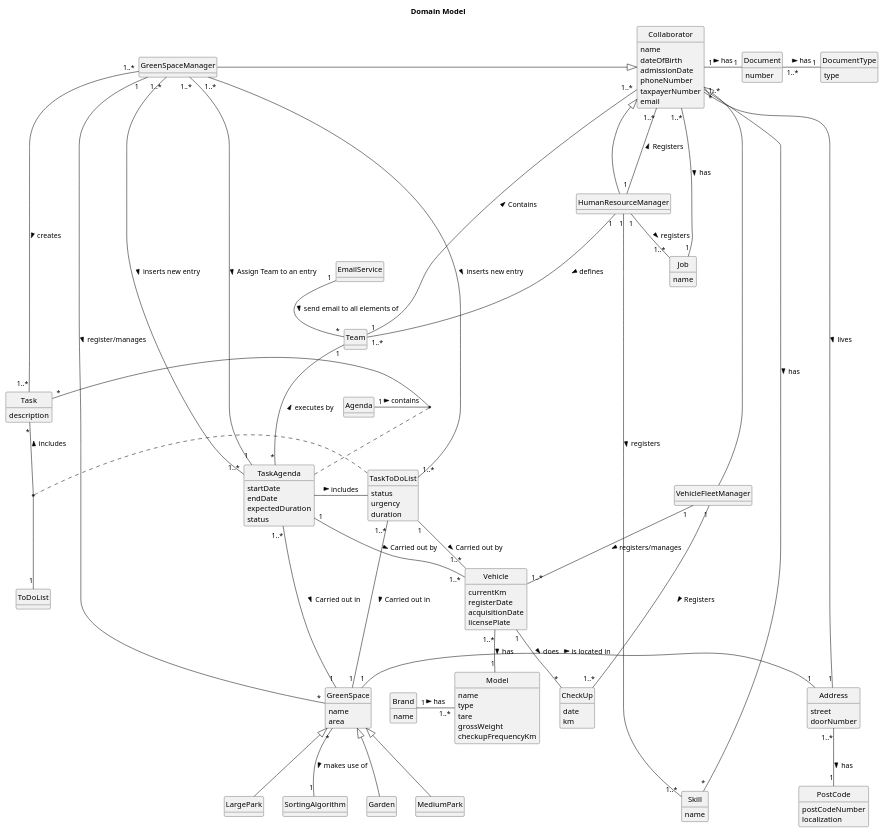
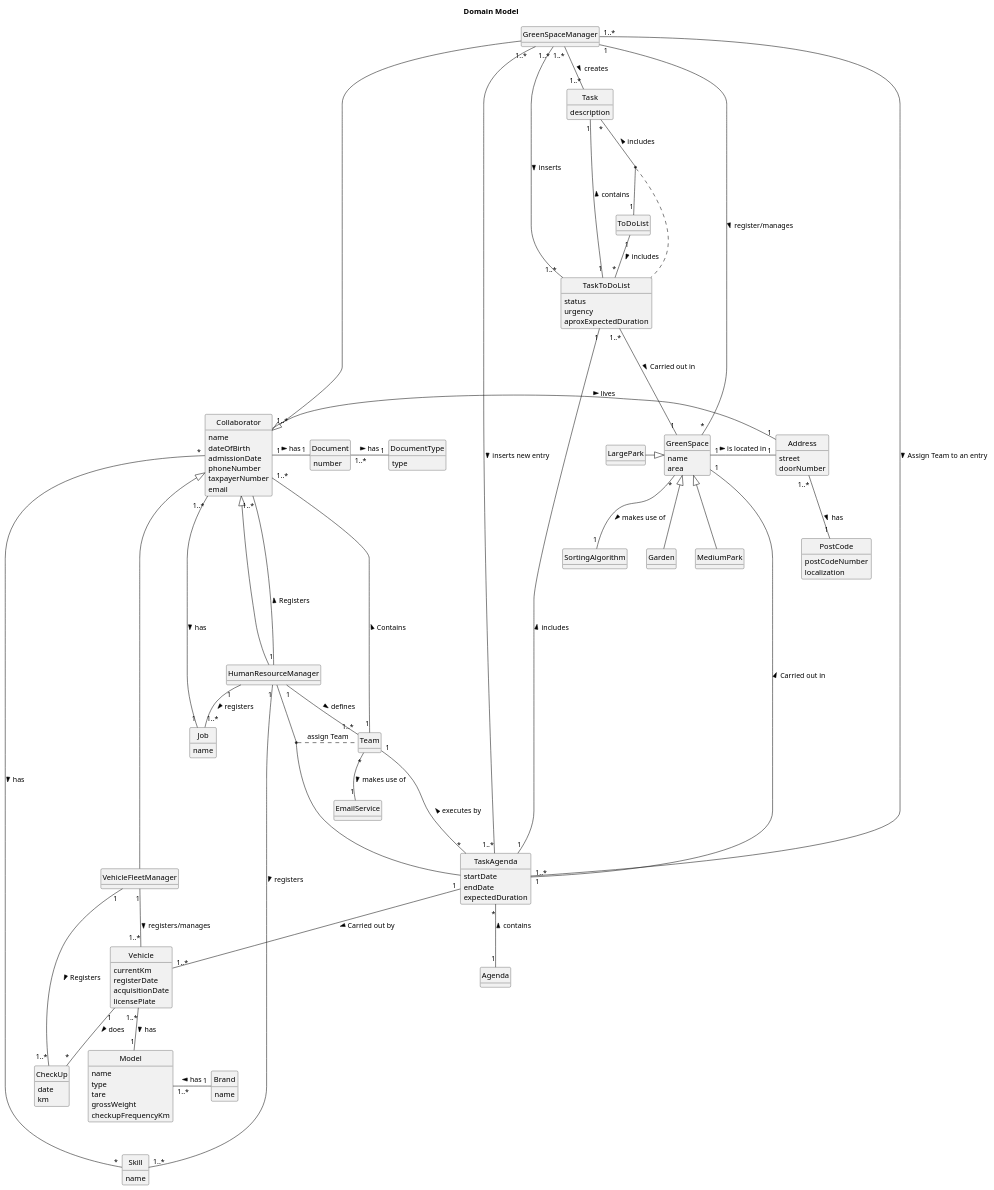
Before and after one commit to Departamento-de-Engenharia-Informatica/lei-24-s2-1db-g022: the diagram in docs/sprint3/global-artifacts/02.analysis/puml/partial-use-domain-model.puml, drawn with PlantUML. The commit also changed 1 other file, not shown here.

Commit message:
Rectification Domain Model

```diff
--- a/docs/sprint3/global-artifacts/02.analysis/puml/partial-use-domain-model.puml
+++ b/docs/sprint3/global-artifacts/02.analysis/puml/partial-use-domain-model.puml
@@ -1,181 +1,182 @@
 @startuml
 skinparam monochrome true
 skinparam packageStyle rectangle
 skinparam shadowing false
 skinparam classAttributeIconSize 0
 hide circle
 hide methods
 
 title Domain Model
 
 class Collaborator {
     name
     dateOfBirth
     admissionDate
     phoneNumber
     taxpayerNumber
     email
 }
 
 class Document{
     number
 }
 
 class DocumentType{
     type
 }
 
 class Address {
     street
     doorNumber
 }
 
 class PostCode{
     postCodeNumber
     localization
 }
 
 class VehicleFleetManager {
 }
 
 class HumanResourceManager {
 }
 
 class Brand {
      name
 }
 
 class Model {
      name
      type
      tare
      grossWeight
      checkupFrequencyKm
 }
 
 class Vehicle {
     currentKm
     registerDate
     acquisitionDate
     licensePlate
 }
 
 class Skill{
     name
 }
 
 class Job{
     name
 }
 class Team{
 }
 
 class CheckUp{
     date
     km
 }
 
 class GreenSpaceManager {
 }
 
 class GreenSpace {
     name
     area
 }
 
 class Garden {
 }
 
 class MediumPark {
 }
 
 class LargePark {
 }
 
 class ToDoList {
 }
 
 class TaskToDoList{
     status
     urgency
-    duration
+    aproxExpectedDuration
 }
 
 class TaskAgenda{
     startDate
     endDate
     expectedDuration
-    status
 }
 
 class Task {
     description
 }
 
 class Agenda{
 }
 
 Address "1..*" -- "1" PostCode : has >
 
 Document "1..*" - "1" DocumentType : has >
 
 '-------------Collaborator-------------
 Collaborator "1" - "1" Document : has >
 Collaborator "1..*" --- "1" Job : has >
 Collaborator  <|--  HumanResourceManager
 Collaborator <|-- VehicleFleetManager
 GreenSpaceManager  -|>  Collaborator
 Address "1" - "1..*" Collaborator : lives <
 Skill "*" ---------- "*" Collaborator : has <
 Collaborator "1..*" ----- "1" Team : Contains <
 
 '-------------HumanResourceManager-------------
 HumanResourceManager "1" -- "1..*" Skill : registers >
 HumanResourceManager "1" -- "1..*" Job : registers >
 HumanResourceManager "1" --- "1..*" Collaborator : Registers >
 HumanResourceManager "1" -- "1..*" Team : defines >
 
 '-------------VehicleFleetManager-------------
 VehicleFleetManager "1" -- "1..*" Vehicle : registers/manages >
 VehicleFleetManager "1" -- "1..*" CheckUp : Registers >
 
 '-------------Brand-------------
-Brand "1" -  "1..*" Model : has >
+Brand "1" -l  "1..*" Model : has >
 
 '-------------Vehicle-------------
 Vehicle "1..*" -- "1" Model : has >
 Vehicle "1" -- "*" CheckUp : does >
 
 '-------------GreenSpaceManager-------------
 GreenSpaceManager "1" - "*" GreenSpace : register/manages >
 GreenSpaceManager "1..*" -- "1..*" Task : creates >
-GreenSpaceManager "1..*" - "1..*" TaskToDoList : inserts new entry >
+GreenSpaceManager "1..*" - "1..*" TaskToDoList : inserts >
 GreenSpaceManager "1..*" - "1..*" TaskAgenda : inserts new entry >
 GreenSpaceManager "1..*" - "1" TaskAgenda : Assign Team to an entry >
 
 '-------------GreenSpace-------------
 GreenSpace "1" - "1" Address : is located in >
 GreenSpace <|-- Garden
 GreenSpace <|-- MediumPark
-GreenSpace <|-- LargePark
+GreenSpace <|-l- LargePark
 GreenSpace "*" -- "1" SortingAlgorithm : makes use of >
 
 '-------------Task-------------
 TaskAgenda "1..*" --- "1" GreenSpace :  Carried out in  >
 TaskAgenda "1" -- "1..*" Vehicle : Carried out by >
 TaskToDoList "1..*" --- "1" GreenSpace :  Carried out in  >
-TaskToDoList "1" -- "1..*" Vehicle : Carried out by >
 
 Task "*" -- "1" ToDoList : includes <
 
 Team "1" --- "*" TaskAgenda : executes by <
-Agenda "1" - "*" Task : contains >
+Agenda "1" -u- "*" TaskAgenda : contains >
 
-EmailService "1" -- "*" Team :  send email to all elements of >
-
+EmailService "1" -u- "*" Team :  makes use of <
 
 (Task,ToDoList) .. TaskToDoList
-(Task,Agenda) .. TaskAgenda
+(HumanResourceManager,TaskAgenda) .. Team : assign Team
 
-TaskAgenda - TaskToDoList : includes >
+TaskAgenda "1" - "1" TaskToDoList : includes >
+
+ToDoList "1" -- "*" TaskToDoList : includes  >
+
+TaskToDoList "1" -u- "1" Task : contains >
 @enduml
```
